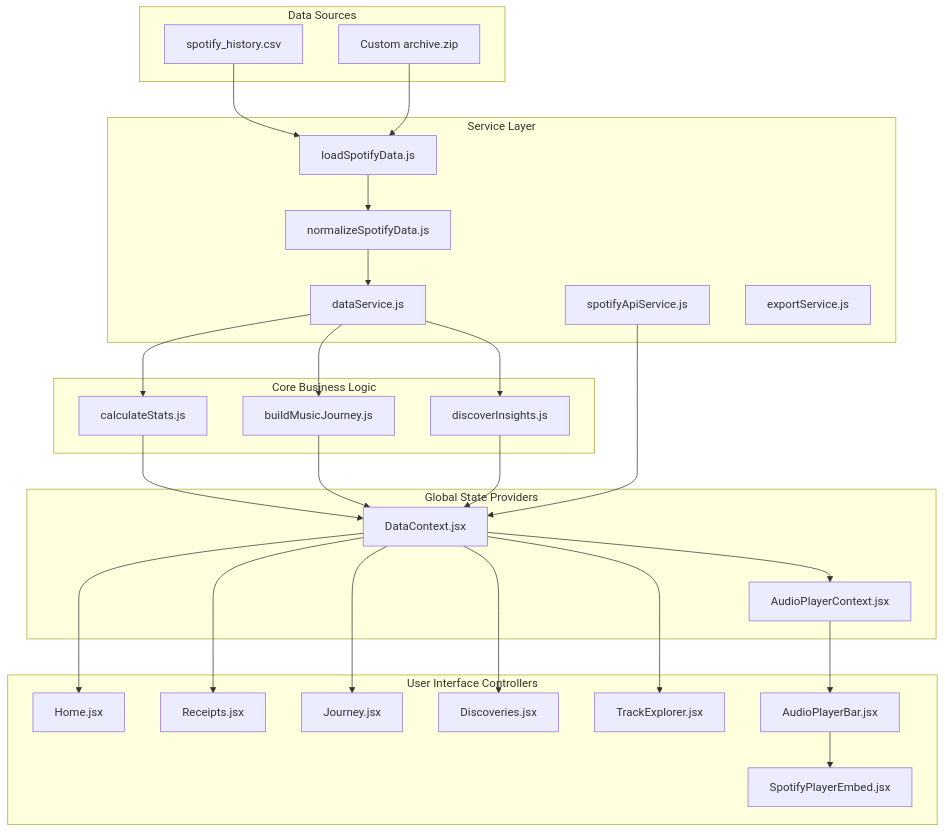
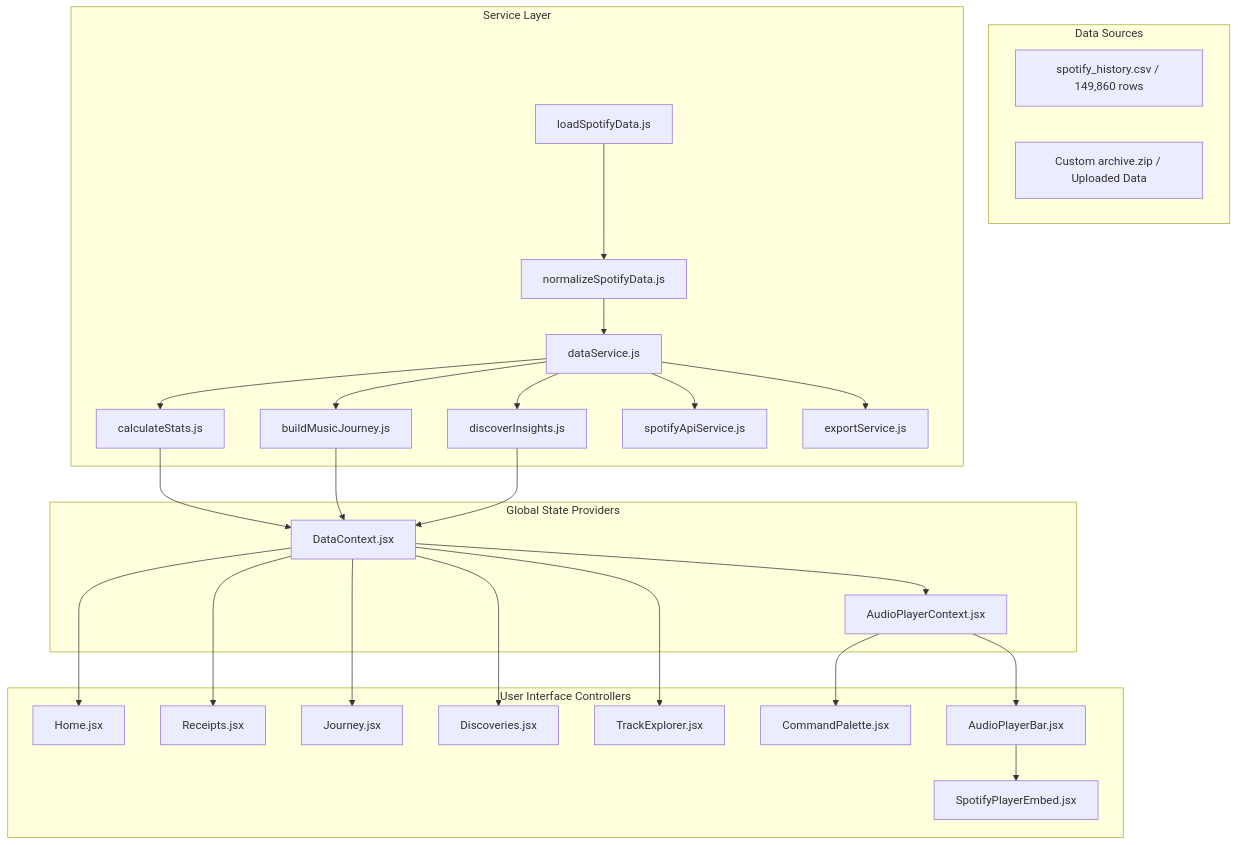
Before and after one commit to hem-ldhakad/Web_rush: the diagram in ARCHITECTURE.md, drawn with Mermaid. The commit also changed other lines of this file and 8 other files, not shown here.

````diff
--- a/ARCHITECTURE.md
+++ b/ARCHITECTURE.md
@@ -24,46 +23,33 @@
 ```mermaid
 graph TD
     subgraph Data Sources
-        CSV[spotify_history.csv]
-        ZIP[Custom archive.zip]
+        CSV[spotify_history.csv / 149,860 rows]
+        ZIP[Custom archive.zip / Uploaded Data]
     end
 
     subgraph Service Layer
-        Loader[loadSpotifyData.js]
-        Normalizer[normalizeSpotifyData.js]
-        DataService[dataService.js]
-        ApiService[spotifyApiService.js]
-        ExportService[exportService.js]
-    end
-
-    subgraph Core Business Logic
-        StatsEngine[calculateStats.js]
-        JourneyEngine[buildMusicJourney.js]
-        InsightEngine[discoverInsights.js]
+        Loader[loadSpotifyData.js] --> Normalizer[normalizeSpotifyData.js]
+        Normalizer --> DataService[dataService.js]
+        DataService --> StatsEngine[calculateStats.js]
+        DataService --> JourneyEngine[buildMusicJourney.js]
+        DataService --> InsightEngine[discoverInsights.js]
+        DataService --> ApiService[spotifyApiService.js]
+        DataService --> ExportService[exportService.js]
     end
 
     subgraph Global State Providers
-        DataContext[DataContext.jsx]
-        AudioContext[AudioPlayerContext.jsx]
+        StatsEngine & JourneyEngine & InsightEngine --> DataContext[DataContext.jsx]
+        DataContext --> AudioContext[AudioPlayerContext.jsx]
     end
 
     subgraph User Interface Controllers
-        Home[Home.jsx]
-        Receipts[Receipts.jsx]
-        Journey[Journey.jsx]
-        Discoveries[Discoveries.jsx]
-        TrackExplorer[TrackExplorer.jsx]
-        AudioBar[AudioPlayerBar.jsx]
-        Embed[SpotifyPlayerEmbed.jsx]
+        DataContext --> Home[Home.jsx]
+        DataContext --> Receipts[Receipts.jsx]
+        DataContext --> Journey[Journey.jsx]
+        DataContext --> Discoveries[Discoveries.jsx]
+        DataContext --> TrackExplorer[TrackExplorer.jsx]
+        AudioContext --> CommandPalette[CommandPalette.jsx]
+        AudioContext --> AudioBar[AudioPlayerBar.jsx]
+        AudioBar --> Embed[SpotifyPlayerEmbed.jsx]
     end
-
-    CSV & ZIP --> Loader
-    Loader --> Normalizer
-    Normalizer --> DataService
-    DataService --> StatsEngine & JourneyEngine & InsightEngine
-    StatsEngine & JourneyEngine & InsightEngine --> DataContext
-    ApiService --> DataContext
-    DataContext --> Home & Receipts & Journey & Discoveries & TrackExplorer
-    DataContext --> AudioContext
-    AudioContext --> AudioBar --> Embed
 ```
````
